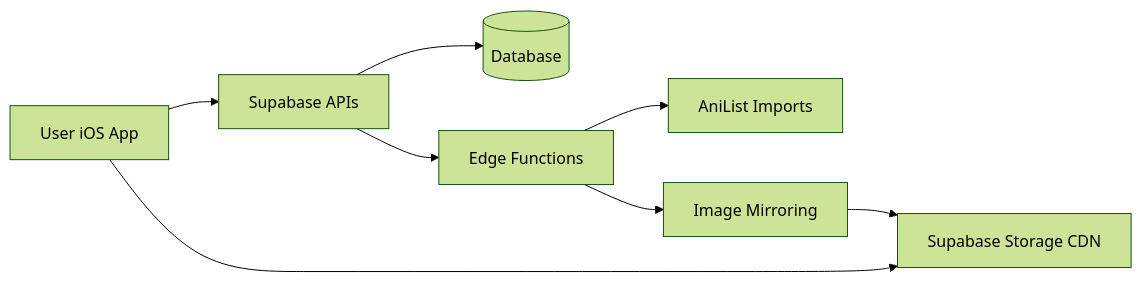
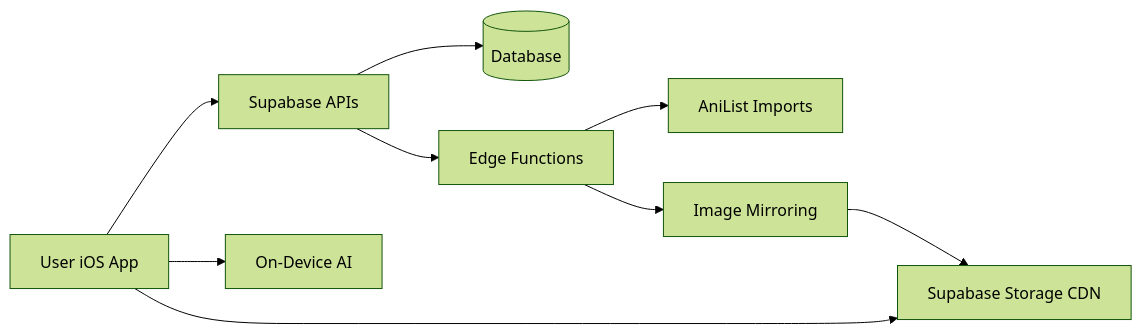
One commit to Humbl-club/Kuro-Anime-App changed the fifth of 6 diagrams in CURRENT_APP_STATE_PLAIN.md. Above: the diagram before and after it, drawn with Mermaid (forest theme). The commit also changed other lines of this file and 25 other files, not shown here.

````diff
--- a/CURRENT_APP_STATE_PLAIN.md
+++ b/CURRENT_APP_STATE_PLAIN.md
@@ -290,10 +330,11 @@
 ```mermaid
 flowchart LR
   A[User iOS App] --> B[Supabase APIs]
+  A --> H[On-Device AI]
   B --> C[(Database)]
   B --> D[Edge Functions]
   D --> E[AniList Imports]
   D --> F[Image Mirroring]
   F --> G[Supabase Storage CDN]
   A --> G
 ```
````
